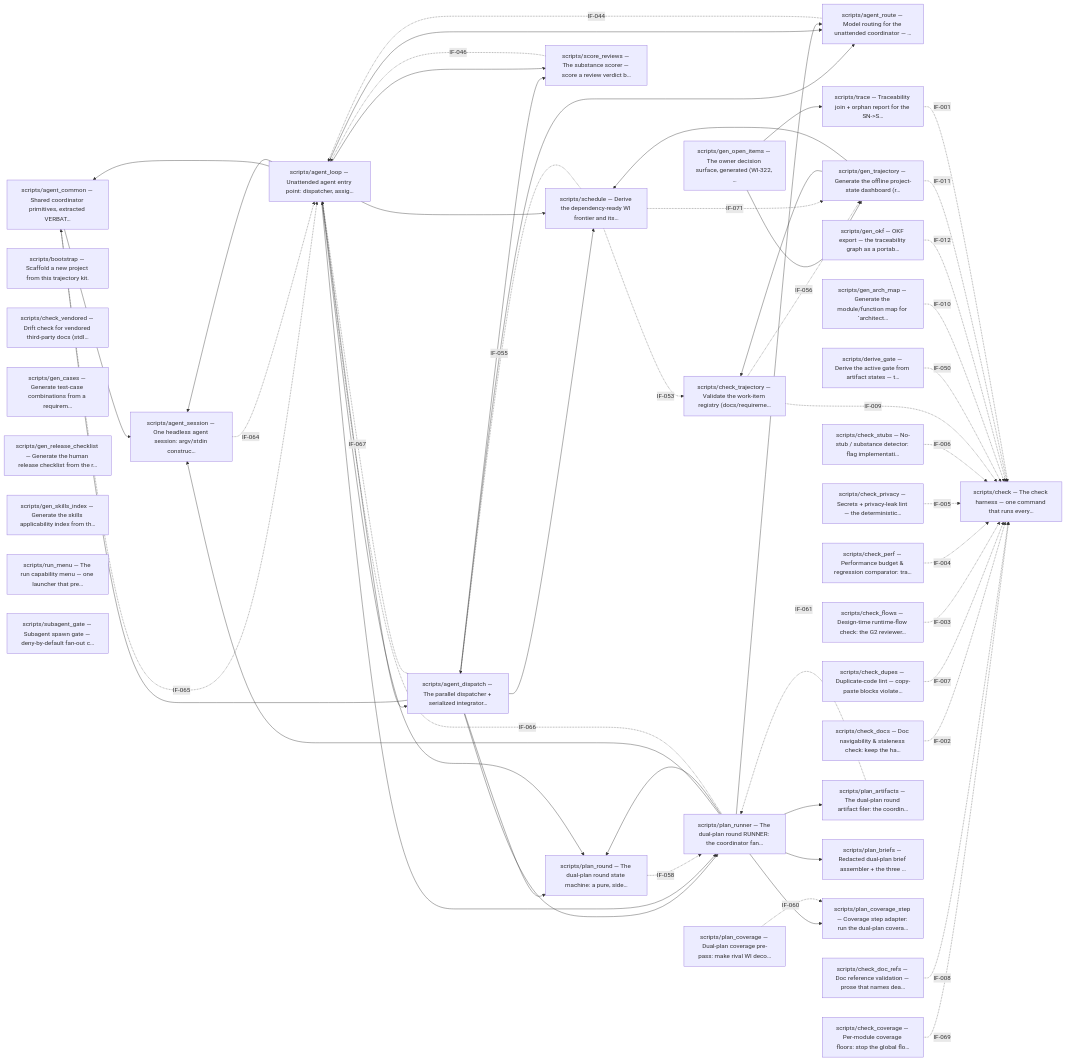
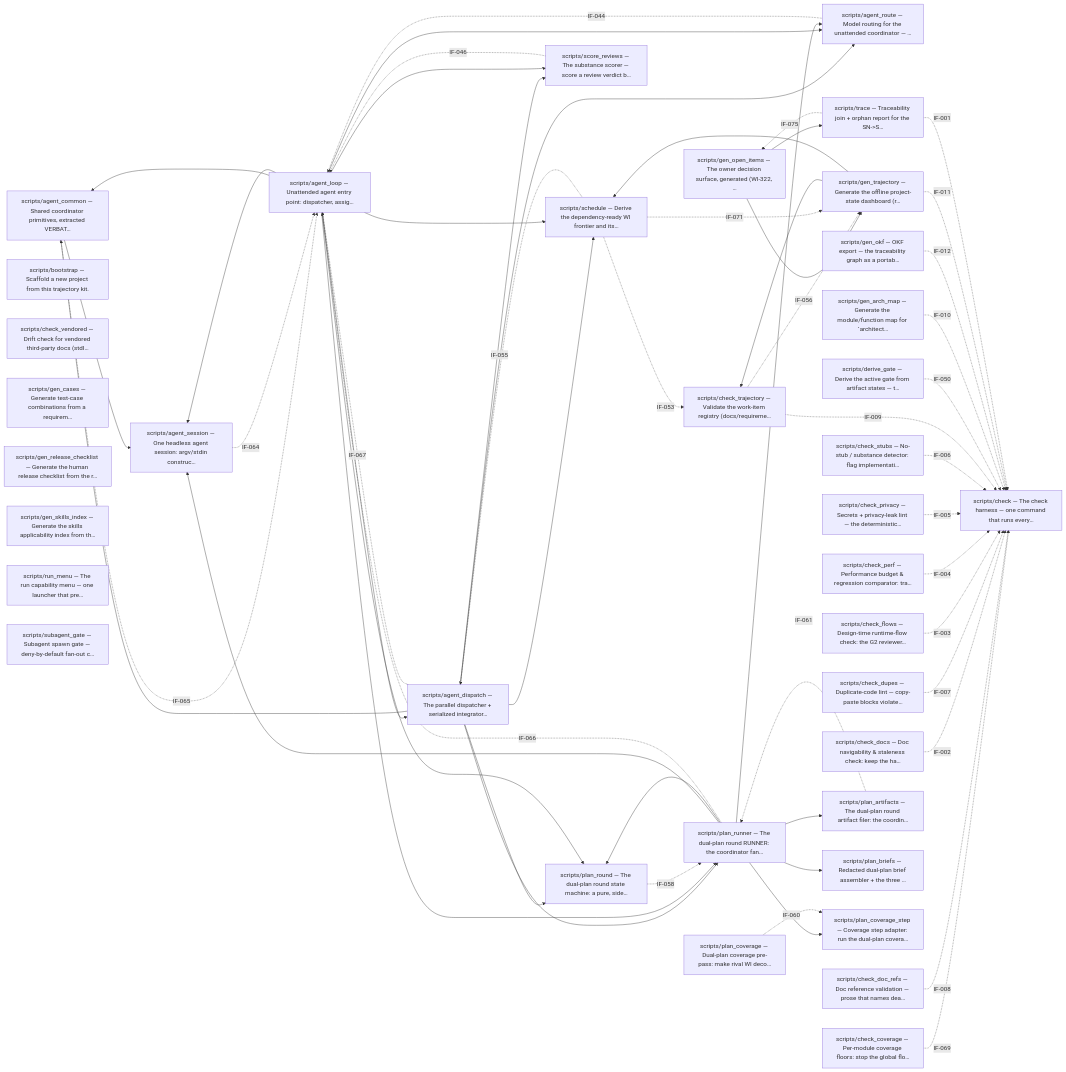
The first of 4 diagrams in docs/architecture.md (diytechy/ai-template), drawn with Mermaid before and after one commit. The commit also changed other lines of this file and 17 other files, not shown here.

````diff
--- a/docs/architecture.md
+++ b/docs/architecture.md
@@ -124,4 +124,5 @@
     m_scripts_schedule -. IF-071 .-> m_scripts_gen_trajectory
     m_scripts_score_reviews -. IF-046 .-> m_scripts_agent_loop
     m_scripts_trace -. IF-001 .-> m_scripts_check
+    m_scripts_trace -. IF-075 .-> m_scripts_gen_open_items
 ```
````
